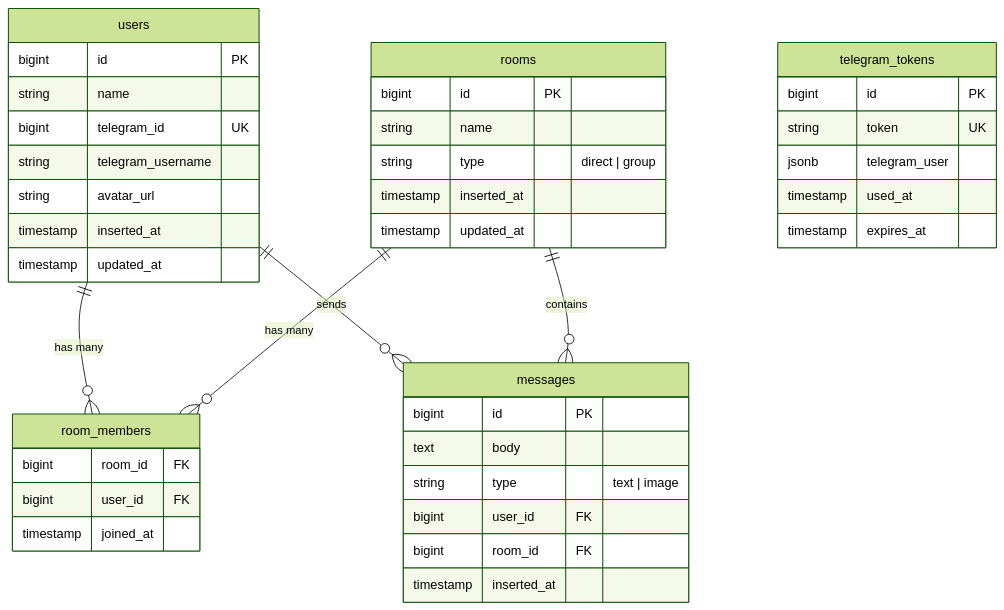
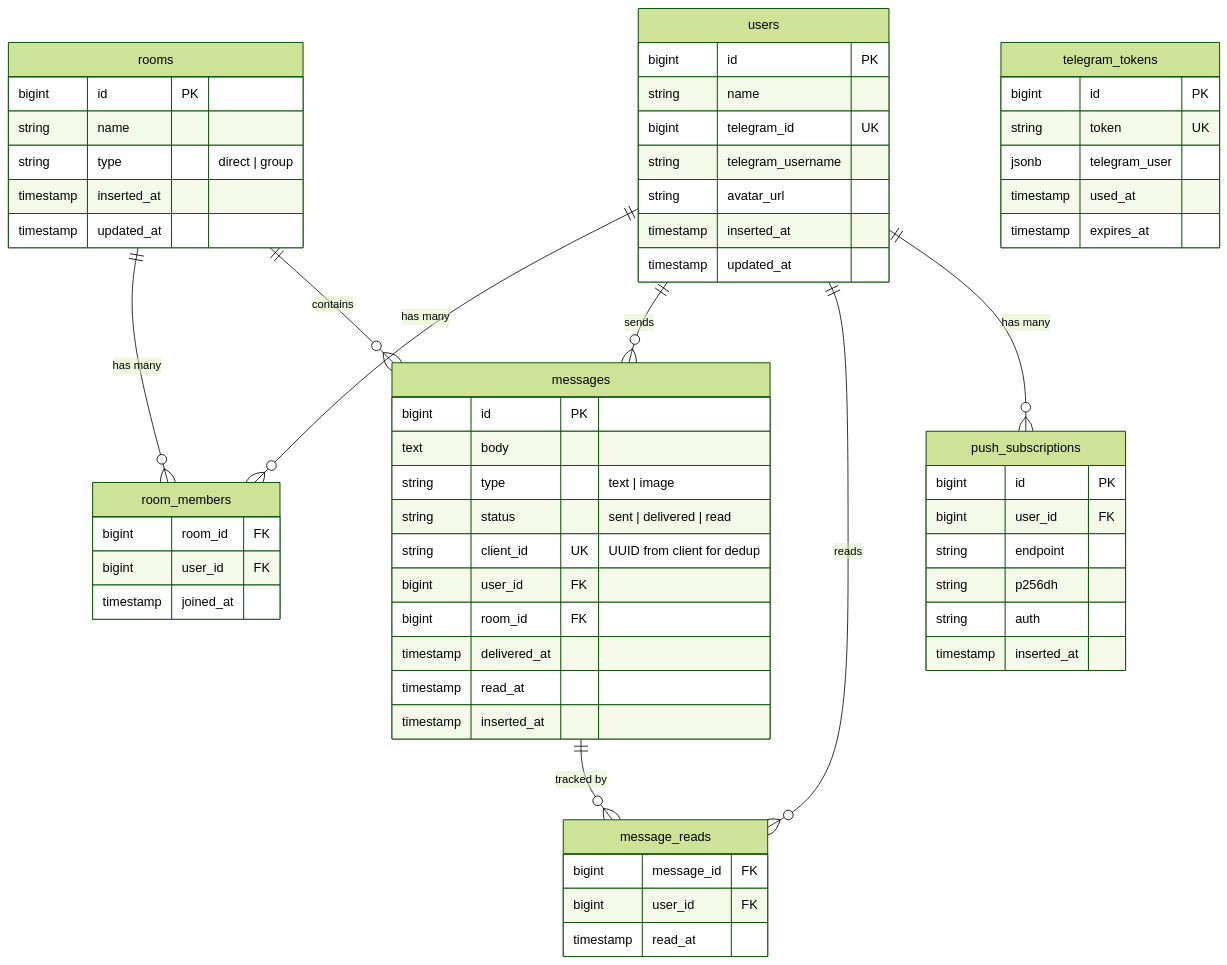
Before and after one commit to YurikOnRails/blocknot: the second of 6 diagrams in docs/architecture.md, drawn with Mermaid (forest theme). The commit also changed other lines of this file and 6 other files, not shown here.

````diff
--- a/docs/architecture.md
+++ b/docs/architecture.md
@@ -99,48 +99,70 @@
 ```mermaid
 erDiagram
     users {
         bigint id PK
         string name
         bigint telegram_id UK
         string telegram_username
         string avatar_url
         timestamp inserted_at
         timestamp updated_at
     }
 
     rooms {
         bigint id PK
         string name
         string type "direct | group"
         timestamp inserted_at
         timestamp updated_at
     }
 
     room_members {
         bigint room_id FK
         bigint user_id FK
         timestamp joined_at
     }
 
     messages {
         bigint id PK
         text body
         string type "text | image"
+        string status "sent | delivered | read"
+        string client_id UK "UUID from client for dedup"
         bigint user_id FK
         bigint room_id FK
+        timestamp delivered_at
+        timestamp read_at
         timestamp inserted_at
+    }
+
+    message_reads {
+        bigint message_id FK
+        bigint user_id FK
+        timestamp read_at
     }
 
     telegram_tokens {
         bigint id PK
         string token UK
         jsonb telegram_user
         timestamp used_at
         timestamp expires_at
     }
 
+    push_subscriptions {
+        bigint id PK
+        bigint user_id FK
+        string endpoint
+        string p256dh
+        string auth
+        timestamp inserted_at
+    }
+
     users ||--o{ room_members : "has many"
     rooms ||--o{ room_members : "has many"
     users ||--o{ messages : "sends"
     rooms ||--o{ messages : "contains"
+    messages ||--o{ message_reads : "tracked by"
+    users ||--o{ message_reads : "reads"
+    users ||--o{ push_subscriptions : "has many"
 ```
````
